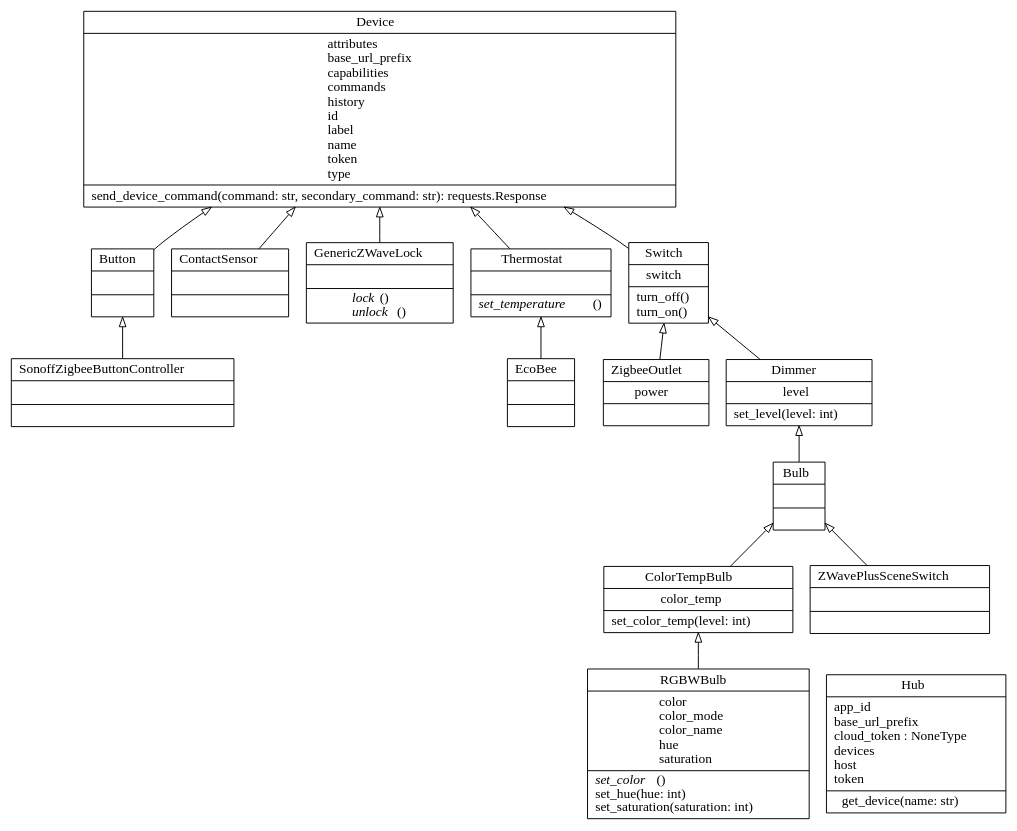
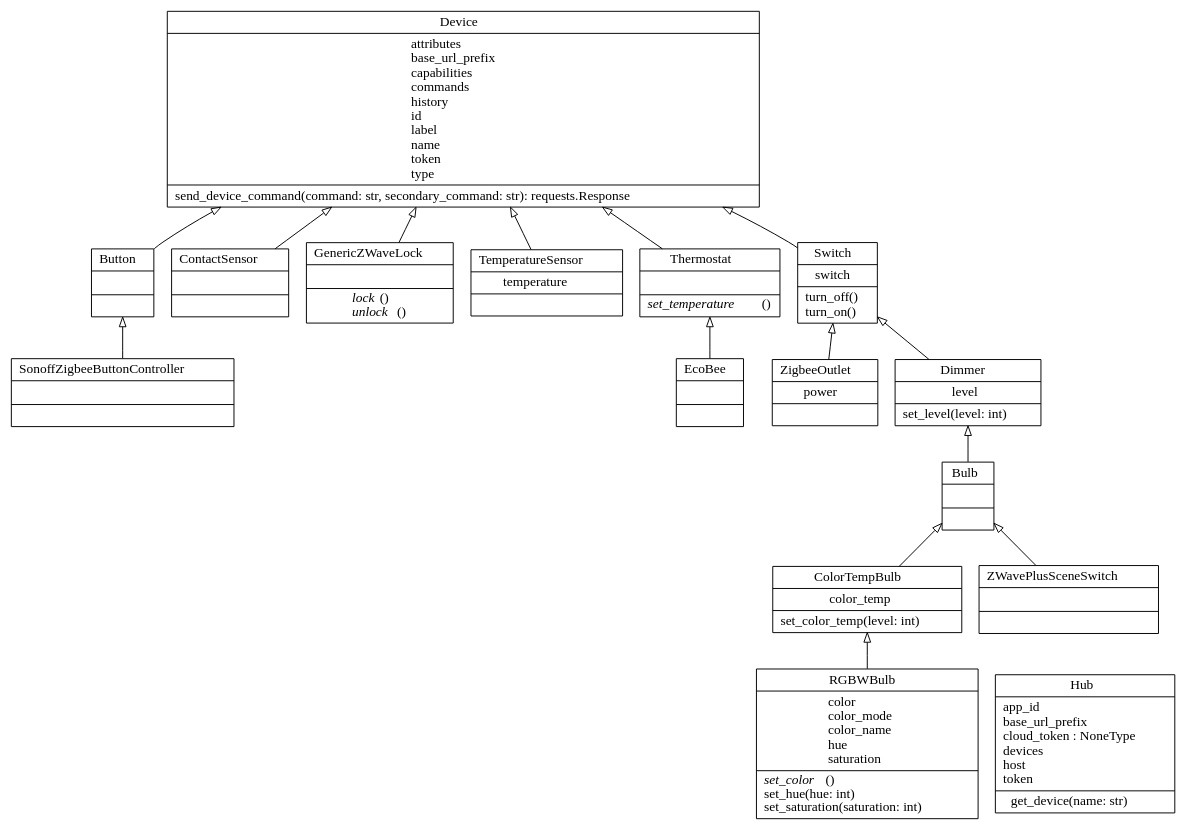
Before and after one commit to Jelloeater/hubitatcontrol: the diagram in docs/classes.dot, drawn with Graphviz. The commit also changed 2 other files, not shown here.

Commit message:
Temp sensor version bump

```diff
--- a/docs/classes.dot
+++ b/docs/classes.dot
@@ -1,32 +1,34 @@
 digraph "classes" {
 rankdir=BT
 charset="utf-8"
 "hubitatcontrol.lights.Bulb" [color="black", fontcolor="black", label=<{Bulb|<br ALIGN="LEFT"/>|}>, shape="record", style="solid"];
 "hubitatcontrol.generic.Button" [color="black", fontcolor="black", label=<{Button|<br ALIGN="LEFT"/>|}>, shape="record", style="solid"];
 "hubitatcontrol.lights.ColorTempBulb" [color="black", fontcolor="black", label=<{ColorTempBulb|color_temp<br ALIGN="LEFT"/>|set_color_temp(level: int)<br ALIGN="LEFT"/>}>, shape="record", style="solid"];
 "hubitatcontrol.sensors.ContactSensor" [color="black", fontcolor="black", label=<{ContactSensor|<br ALIGN="LEFT"/>|}>, shape="record", style="solid"];
 "hubitatcontrol.hub.Device" [color="black", fontcolor="black", label=<{Device|attributes<br ALIGN="LEFT"/>base_url_prefix<br ALIGN="LEFT"/>capabilities<br ALIGN="LEFT"/>commands<br ALIGN="LEFT"/>history<br ALIGN="LEFT"/>id<br ALIGN="LEFT"/>label<br ALIGN="LEFT"/>name<br ALIGN="LEFT"/>token<br ALIGN="LEFT"/>type<br ALIGN="LEFT"/>|send_device_command(command: str, secondary_command: str): requests.Response<br ALIGN="LEFT"/>}>, shape="record", style="solid"];
 "hubitatcontrol.lights.Dimmer" [color="black", fontcolor="black", label=<{Dimmer|level<br ALIGN="LEFT"/>|set_level(level: int)<br ALIGN="LEFT"/>}>, shape="record", style="solid"];
 "hubitatcontrol.generic.EcoBee" [color="black", fontcolor="black", label=<{EcoBee|<br ALIGN="LEFT"/>|}>, shape="record", style="solid"];
 "hubitatcontrol.generic.GenericZWaveLock" [color="black", fontcolor="black", label=<{GenericZWaveLock|<br ALIGN="LEFT"/>|<I>lock</I>()<br ALIGN="LEFT"/><I>unlock</I>()<br ALIGN="LEFT"/>}>, shape="record", style="solid"];
 "hubitatcontrol.hub.Hub" [color="black", fontcolor="black", label=<{Hub|app_id<br ALIGN="LEFT"/>base_url_prefix<br ALIGN="LEFT"/>cloud_token : NoneType<br ALIGN="LEFT"/>devices<br ALIGN="LEFT"/>host<br ALIGN="LEFT"/>token<br ALIGN="LEFT"/>|get_device(name: str)<br ALIGN="LEFT"/>}>, shape="record", style="solid"];
 "hubitatcontrol.lights.RGBWBulb" [color="black", fontcolor="black", label=<{RGBWBulb|color<br ALIGN="LEFT"/>color_mode<br ALIGN="LEFT"/>color_name<br ALIGN="LEFT"/>hue<br ALIGN="LEFT"/>saturation<br ALIGN="LEFT"/>|<I>set_color</I>()<br ALIGN="LEFT"/>set_hue(hue: int)<br ALIGN="LEFT"/>set_saturation(saturation: int)<br ALIGN="LEFT"/>}>, shape="record", style="solid"];
 "hubitatcontrol.generic.SonoffZigbeeButtonController" [color="black", fontcolor="black", label=<{SonoffZigbeeButtonController|<br ALIGN="LEFT"/>|}>, shape="record", style="solid"];
 "hubitatcontrol.generic.Switch" [color="black", fontcolor="black", label=<{Switch|switch<br ALIGN="LEFT"/>|turn_off()<br ALIGN="LEFT"/>turn_on()<br ALIGN="LEFT"/>}>, shape="record", style="solid"];
+"hubitatcontrol.sensors.TemperatureSensor" [color="black", fontcolor="black", label=<{TemperatureSensor|temperature<br ALIGN="LEFT"/>|}>, shape="record", style="solid"];
 "hubitatcontrol.generic.Thermostat" [color="black", fontcolor="black", label=<{Thermostat|<br ALIGN="LEFT"/>|<I>set_temperature</I>()<br ALIGN="LEFT"/>}>, shape="record", style="solid"];
 "hubitatcontrol.lights.ZWavePlusSceneSwitch" [color="black", fontcolor="black", label=<{ZWavePlusSceneSwitch|<br ALIGN="LEFT"/>|}>, shape="record", style="solid"];
 "hubitatcontrol.generic.ZigbeeOutlet" [color="black", fontcolor="black", label=<{ZigbeeOutlet|power<br ALIGN="LEFT"/>|}>, shape="record", style="solid"];
 "hubitatcontrol.generic.Button" -> "hubitatcontrol.hub.Device" [arrowhead="empty", arrowtail="none"];
 "hubitatcontrol.generic.EcoBee" -> "hubitatcontrol.generic.Thermostat" [arrowhead="empty", arrowtail="none"];
 "hubitatcontrol.generic.GenericZWaveLock" -> "hubitatcontrol.hub.Device" [arrowhead="empty", arrowtail="none"];
 "hubitatcontrol.generic.SonoffZigbeeButtonController" -> "hubitatcontrol.generic.Button" [arrowhead="empty", arrowtail="none"];
 "hubitatcontrol.generic.Switch" -> "hubitatcontrol.hub.Device" [arrowhead="empty", arrowtail="none"];
 "hubitatcontrol.generic.Thermostat" -> "hubitatcontrol.hub.Device" [arrowhead="empty", arrowtail="none"];
 "hubitatcontrol.generic.ZigbeeOutlet" -> "hubitatcontrol.generic.Switch" [arrowhead="empty", arrowtail="none"];
 "hubitatcontrol.lights.Bulb" -> "hubitatcontrol.lights.Dimmer" [arrowhead="empty", arrowtail="none"];
 "hubitatcontrol.lights.ColorTempBulb" -> "hubitatcontrol.lights.Bulb" [arrowhead="empty", arrowtail="none"];
 "hubitatcontrol.lights.Dimmer" -> "hubitatcontrol.generic.Switch" [arrowhead="empty", arrowtail="none"];
 "hubitatcontrol.lights.RGBWBulb" -> "hubitatcontrol.lights.ColorTempBulb" [arrowhead="empty", arrowtail="none"];
 "hubitatcontrol.lights.ZWavePlusSceneSwitch" -> "hubitatcontrol.lights.Bulb" [arrowhead="empty", arrowtail="none"];
 "hubitatcontrol.sensors.ContactSensor" -> "hubitatcontrol.hub.Device" [arrowhead="empty", arrowtail="none"];
+"hubitatcontrol.sensors.TemperatureSensor" -> "hubitatcontrol.hub.Device" [arrowhead="empty", arrowtail="none"];
 }
```
